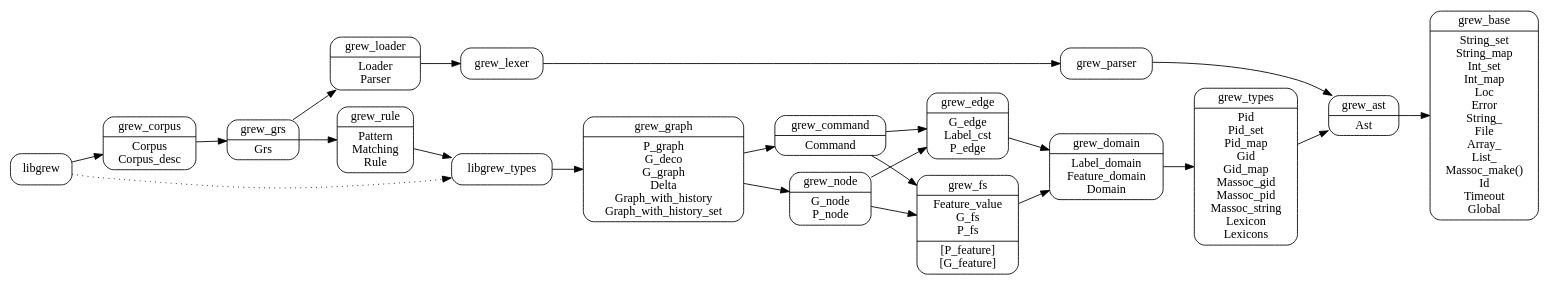
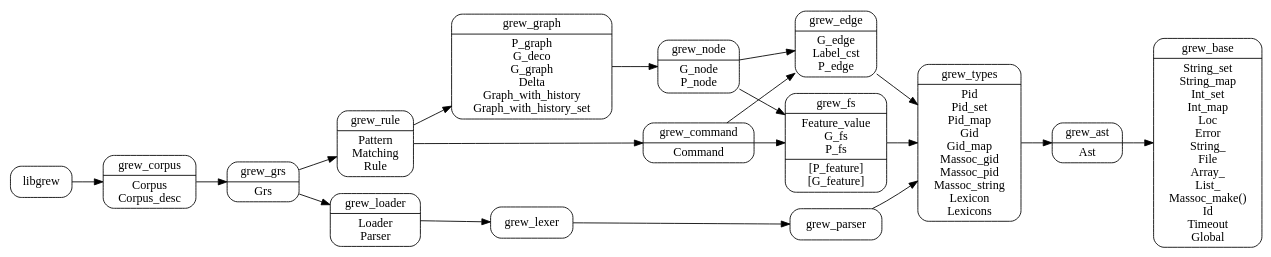
The diagram in dev/arch.dot (grew-nlp/grewlib), drawn with Graphviz before and after one commit. The commit also changed 3 other files, not shown here.

```diff
--- a/dev/arch.dot
+++ b/dev/arch.dot
@@ -1,35 +1,32 @@
 digraph grew {
   node [shape=Mrecord];
   rankdir = LR;
   grew_base [label="grew_base|String_set\nString_map\nInt_set\nInt_map\nLoc\nError\nString_\nFile\nArray_\nList_\nMassoc_make()\nId\nTimeout\nGlobal"]
   grew_types [label="grew_types|Pid\nPid_set\nPid_map\nGid\nGid_map\nMassoc_gid\nMassoc_pid\nMassoc_string\nLexicon\nLexicons"]
   grew_ast [label="grew_ast|Ast"]
-  grew_domain [label="grew_domain|Label_domain\nFeature_domain\nDomain"]
   grew_loader [label="grew_loader|Loader\nParser"]
   grew_fs [label="grew_fs|Feature_value\nG_fs\nP_fs|[P_feature]\n[G_feature]"]
   grew_edge [label="grew_edge|G_edge\nLabel_cst\nP_edge"]
   grew_node [label="grew_node|G_node\nP_node"]
   grew_command [label="grew_command|Command"]
   grew_graph [label="grew_graph|P_graph\nG_deco\nG_graph\nDelta\nGraph_with_history\nGraph_with_history_set"]
   grew_rule [label="grew_rule|Pattern\nMatching\nRule"]
   grew_grs [label="grew_grs|Grs"]
   grew_corpus [label="grew_corpus|Corpus\nCorpus_desc"]
 
-grew_domain -> grew_types -> grew_ast -> grew_base
-grew_edge -> grew_domain
-grew_fs -> grew_domain
+grew_types -> grew_ast -> grew_base
+grew_edge -> grew_types
+grew_fs -> grew_types
 grew_command -> grew_edge
 grew_command -> grew_fs
 grew_node -> grew_edge
 grew_node -> grew_fs
 grew_graph -> grew_node
-grew_graph -> grew_command
-libgrew_types -> grew_graph
-grew_rule -> libgrew_types
+grew_rule -> grew_command
+grew_rule -> grew_graph
 grew_grs -> grew_rule
-grew_grs -> grew_loader -> grew_lexer -> grew_parser -> grew_ast
+grew_grs -> grew_loader -> grew_lexer -> grew_parser -> grew_types
 grew_corpus -> grew_grs
 libgrew -> grew_corpus
 
-libgrew -> libgrew_types [style=dotted]
 }
```
